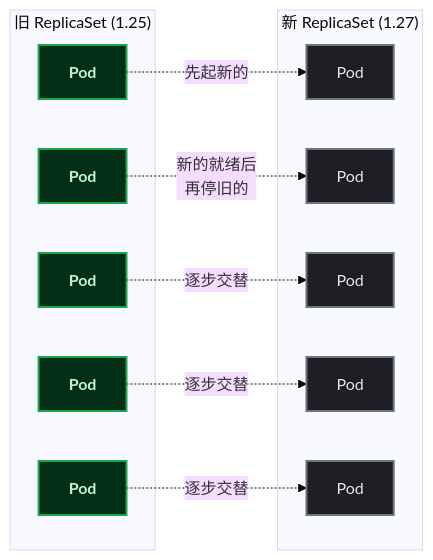
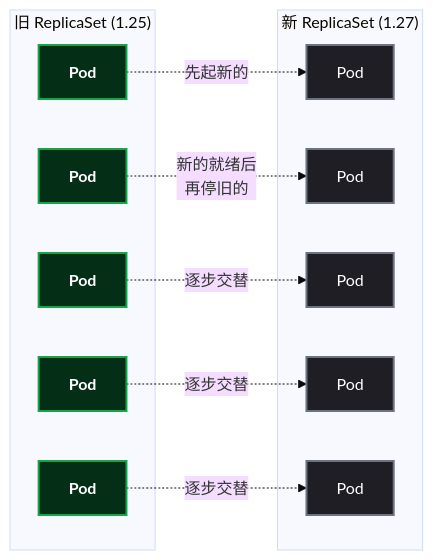
The third of 4 diagrams in content/posts/kubernetes/K8sDeploymentHandsOn.md (yaocat55/yaocat55.github.io), drawn with Mermaid (base theme) before and after one commit. The commit also changed other lines of this file and 27 other files, not shown here.

Commit message:
docs: 全系列 93 张 Mermaid 图 classDef 改为 style 强制深底白字(修复部分渲染器白底浅字)+历史文件格式清理

````diff
--- a/content/posts/kubernetes/K8sDeploymentHandsOn.md
+++ b/content/posts/kubernetes/K8sDeploymentHandsOn.md
@@ -294,26 +290,32 @@
 ```mermaid
 flowchart LR
     subgraph OLD["旧 ReplicaSet (1.25)"]
         O1["Pod"] 
         O2["Pod"]
         O3["Pod"]
         O4["Pod"]
         O5["Pod"]
     end
     subgraph NEW["新 ReplicaSet (1.27)"]
         N1["Pod"]
         N2["Pod"]
         N3["Pod"]
         N4["Pod"]
         N5["Pod"]
     end
     O1 -.->|"先起新的"| N1
     O2 -.->|"新的就绪后<br/>再停旧的"| N2
     O3 -.->|"逐步交替"| N3
     O4 -.->|"逐步交替"| N4
     O5 -.->|"逐步交替"| N5
-    classDef process fill:#1e1e24,stroke:#6b7280,stroke-width:2px,color:#e5e7eb;
-    classDef data fill:#052e16,stroke:#16a34a,stroke-width:2px,color:#bbf7d0,font-weight:bold;
-    class O1,O2,O3,O4,O5 data;
-    class N1,N2,N3,N4,N5 process;
+    style O1 fill:#052e16,stroke:#16a34a,stroke-width:2px,color:#ffffff,font-weight:bold
+    style O2 fill:#052e16,stroke:#16a34a,stroke-width:2px,color:#ffffff,font-weight:bold
+    style O3 fill:#052e16,stroke:#16a34a,stroke-width:2px,color:#ffffff,font-weight:bold
+    style O4 fill:#052e16,stroke:#16a34a,stroke-width:2px,color:#ffffff,font-weight:bold
+    style O5 fill:#052e16,stroke:#16a34a,stroke-width:2px,color:#ffffff,font-weight:bold
+    style N1 fill:#1e1e24,stroke:#6b7280,stroke-width:2px,color:#ffffff
+    style N2 fill:#1e1e24,stroke:#6b7280,stroke-width:2px,color:#ffffff
+    style N3 fill:#1e1e24,stroke:#6b7280,stroke-width:2px,color:#ffffff
+    style N4 fill:#1e1e24,stroke:#6b7280,stroke-width:2px,color:#ffffff
+    style N5 fill:#1e1e24,stroke:#6b7280,stroke-width:2px,color:#ffffff
 ```
````
